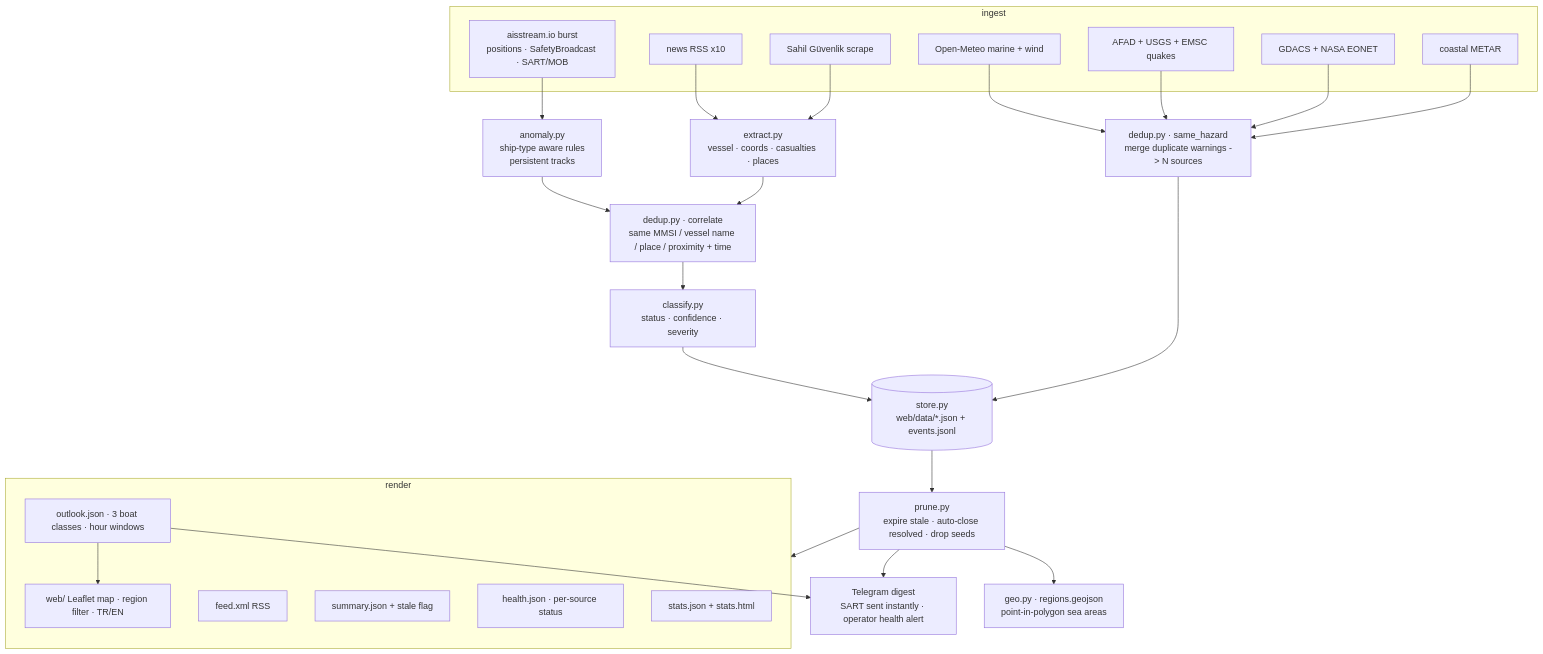
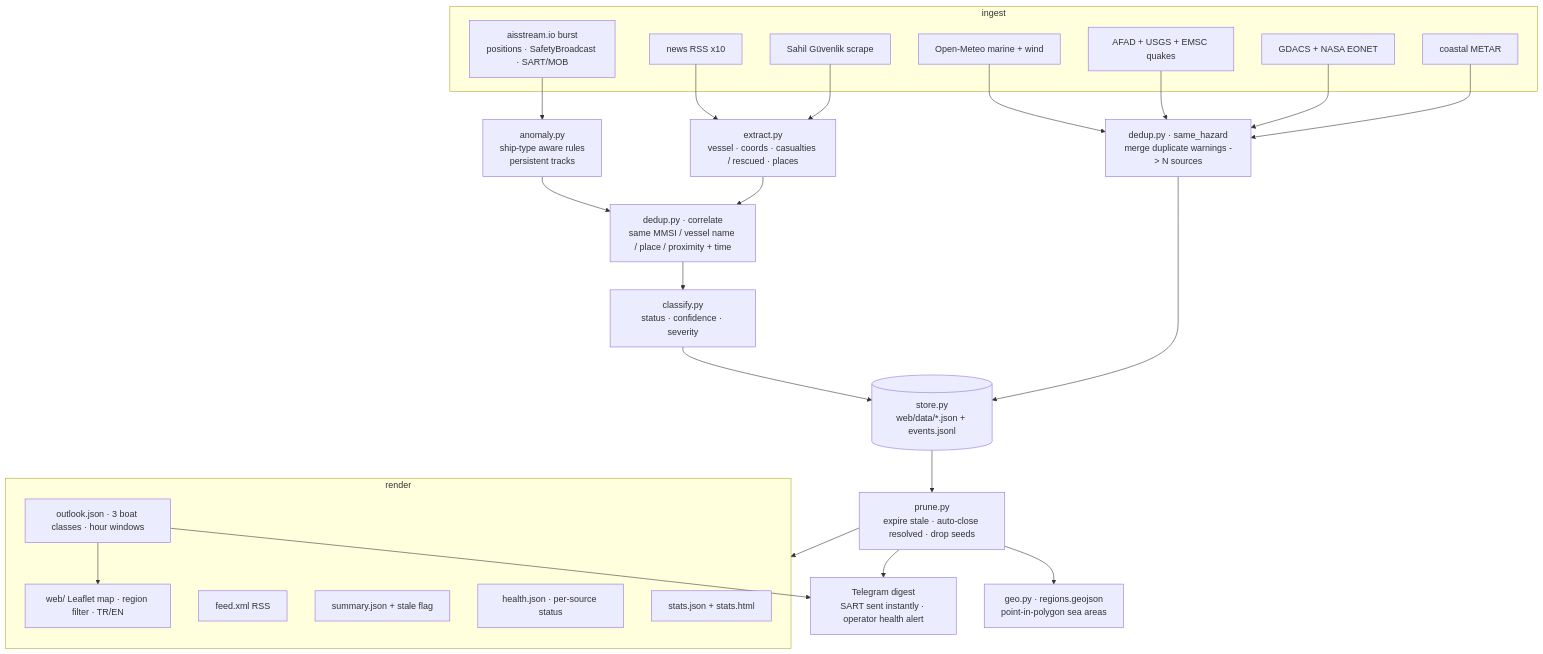
One commit to KeremKalyoncu/maritime-watch changed the diagram in ARCHITECTURE.md. Above: the diagram before and after it, drawn with Mermaid. The commit also changed other lines of this file and 18 other files, not shown here.

Commit message:
extract: kurtarılanları kayıp/yaralıdan ayır (rescued); "34 göçmen kurtarıldı" artık critical değil, eski kayıtlar düzeltilir

````diff
--- a/ARCHITECTURE.md
+++ b/ARCHITECTURE.md
@@ -5,41 +5,41 @@
 ```mermaid
 flowchart TD
     subgraph ingest
         AIS[aisstream.io burst<br/>positions · SafetyBroadcast · SART/MOB]
         OM[Open-Meteo marine + wind]
         EQ[AFAD + USGS + EMSC quakes]
         SG[Sahil Güvenlik scrape]
         NEWS[news RSS x10]
         DIS[GDACS + NASA EONET]
         MET[coastal METAR]
     end
 
     AIS --> ANOM[anomaly.py<br/>ship-type aware rules<br/>persistent tracks]
-    NEWS --> EX[extract.py<br/>vessel · coords · casualties · places]
+    NEWS --> EX[extract.py<br/>vessel · coords · casualties / rescued · places]
     SG --> EX
     ANOM --> COR[dedup.py · correlate<br/>same MMSI / vessel name / place / proximity + time]
     EX --> COR
     COR --> CLS[classify.py<br/>status · confidence · severity]
     CLS --> STORE[(store.py<br/>web/data/*.json + events.jsonl)]
 
     OM --> WCOR[dedup.py · same_hazard<br/>merge duplicate warnings -> N sources]
     EQ --> WCOR
     DIS --> WCOR
     MET --> WCOR
     WCOR --> STORE
 
     STORE --> PRUNE[prune.py<br/>expire stale · auto-close resolved · drop seeds]
     PRUNE --> RENDER
     subgraph RENDER [render]
         MAP[web/ Leaflet map · region filter · TR/EN]
         OUT[outlook.json · 3 boat classes · hour windows]
         FEED[feed.xml RSS]
         SUM[summary.json + stale flag]
         HEALTH[health.json · per-source status]
         STATS[stats.json + stats.html]
     end
     PRUNE --> TG[Telegram digest<br/>SART sent instantly · operator health alert]
     PRUNE --> GEO[geo.py · regions.geojson<br/>point-in-polygon sea areas]
     OUT --> MAP
     OUT --> TG
 ```
````
